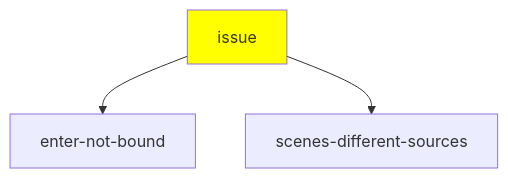
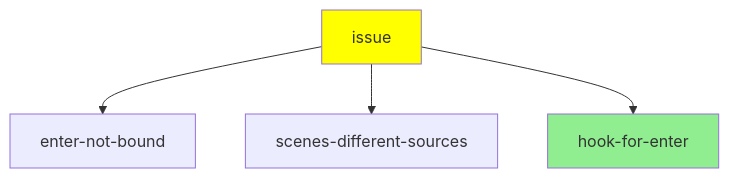
The first of 3 diagrams in docs/obs-studio-3044/README.md (livedebug/livedebug), drawn with Mermaid before and after one commit. The commit also changed other lines of this file and 1 other file, not shown here.

````diff
--- a/docs/obs-studio-3044/README.md
+++ b/docs/obs-studio-3044/README.md
@@ -24,13 +25,15 @@
 ```mermaid
 graph TD
 
   issue   
 
   style issue fill:yellow
+  style hook-for-enter fill:lightgreen
 
   enter-not-bound
   scenes-different-sources
 
   issue --> enter-not-bound
   issue --> scenes-different-sources
+  issue --> hook-for-enter
 ```
````
